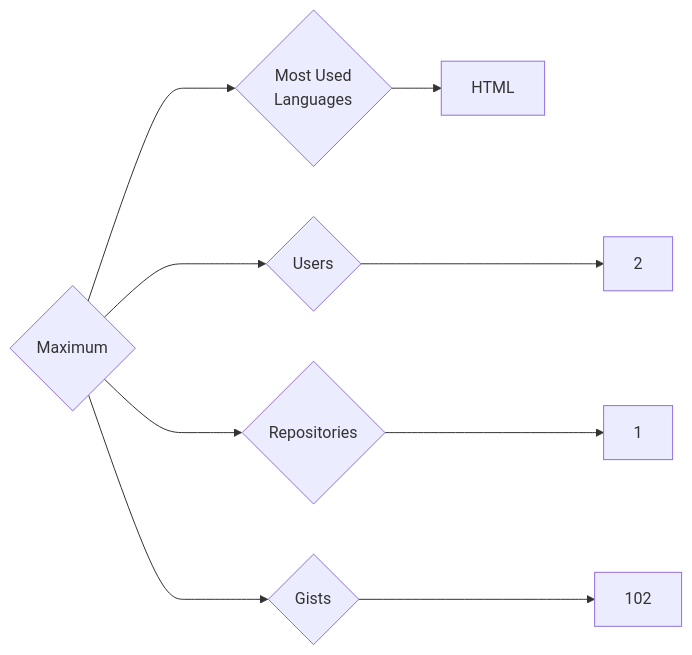
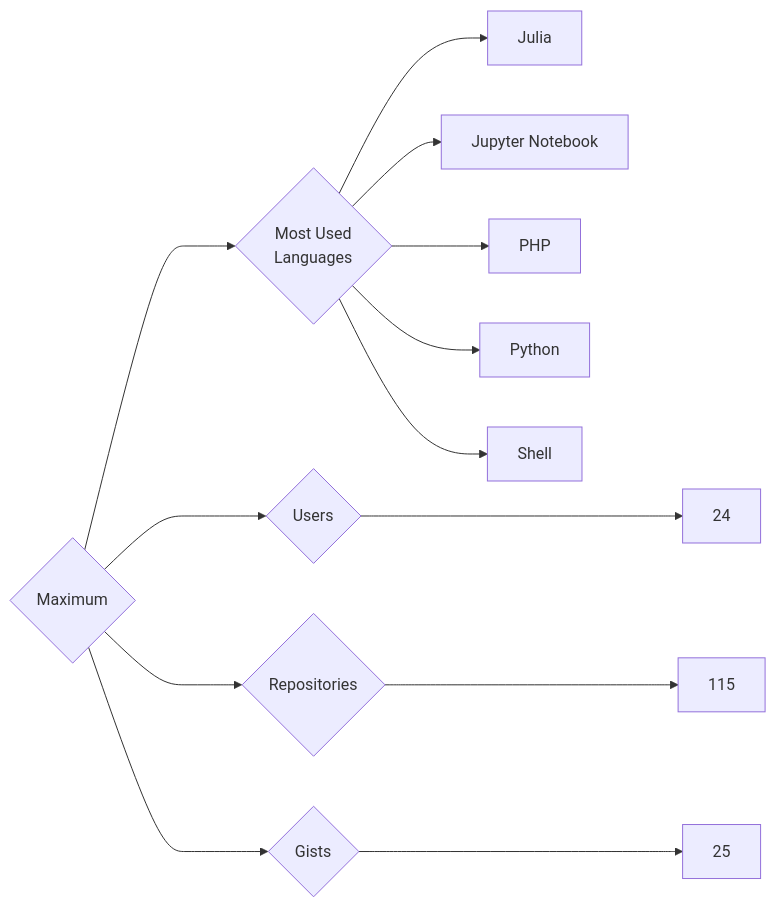
The diagram in targets/Maximum/README.md (trickest/insiders), drawn with Mermaid before and after one commit. The commit also changed 969 other files, not shown here.

````diff
--- a/targets/Maximum/README.md
+++ b/targets/Maximum/README.md
@@ -3,9 +3,13 @@
 ```mermaid
 graph LR
 COMPANY_NAME{Maximum}
-COMPANY_NAME ---> U{Users} ---> UN[2]
-COMPANY_NAME ---> R{Repositories} ---> RN[1]
-COMPANY_NAME ---> G{Gists} ---> GN[102]
+COMPANY_NAME ---> U{Users} ---> UN[24]
+COMPANY_NAME ---> R{Repositories} ---> RN[115]
+COMPANY_NAME ---> G{Gists} ---> GN[25]
 COMPANY_NAME ---> ML{Most Used<br>Languages}
-ML --> HTML[HTML]
+ML --> Julia[Julia]
+ML --> Jupyter_Notebook[Jupyter Notebook]
+ML --> PHP[PHP]
+ML --> Python[Python]
+ML --> Shell[Shell]
 ```
````
